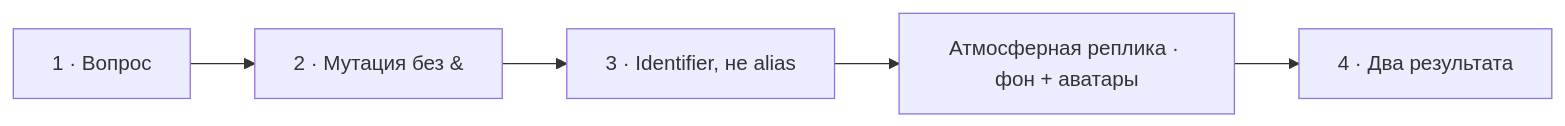
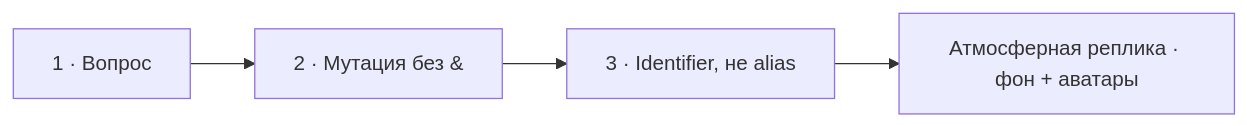
The diagram in episodes/841862-1payment/visual-plans/03-object-argument.md (savinmikhail/php-backend-interview-video), drawn with Mermaid before and after one commit. The commit also changed other lines of this file and 2 other files, not shown here.

````diff
--- a/episodes/841862-1payment/visual-plans/03-object-argument.md
+++ b/episodes/841862-1payment/visual-plans/03-object-argument.md
@@ -77,7 +76,6 @@
 ```mermaid
 flowchart LR
   S1["1 · Вопрос"] --> S2["2 · Мутация без &"]
   S2 --> S3["3 · Identifier, не alias"]
   S3 --> A["Атмосферная реплика · фон + аватары"]
-  A --> S4["4 · Два результата"]
 ```
````
